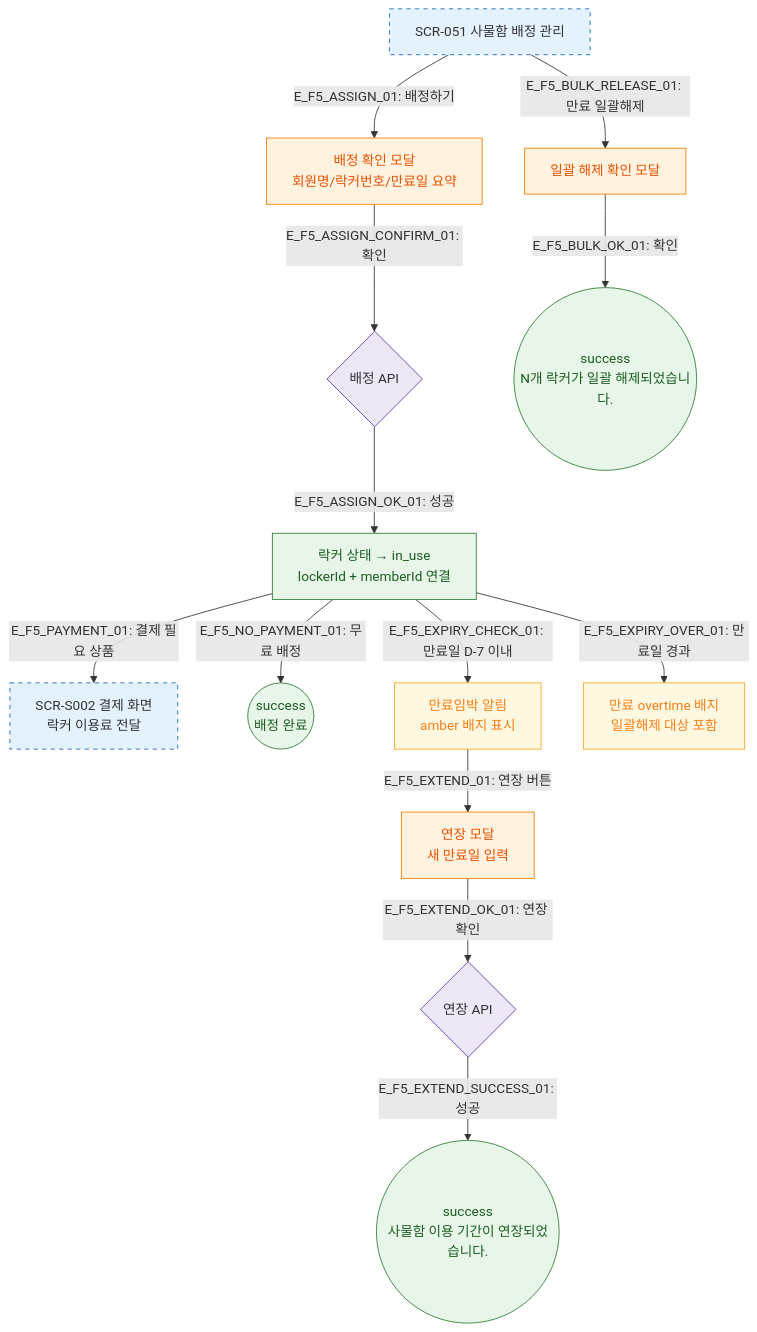
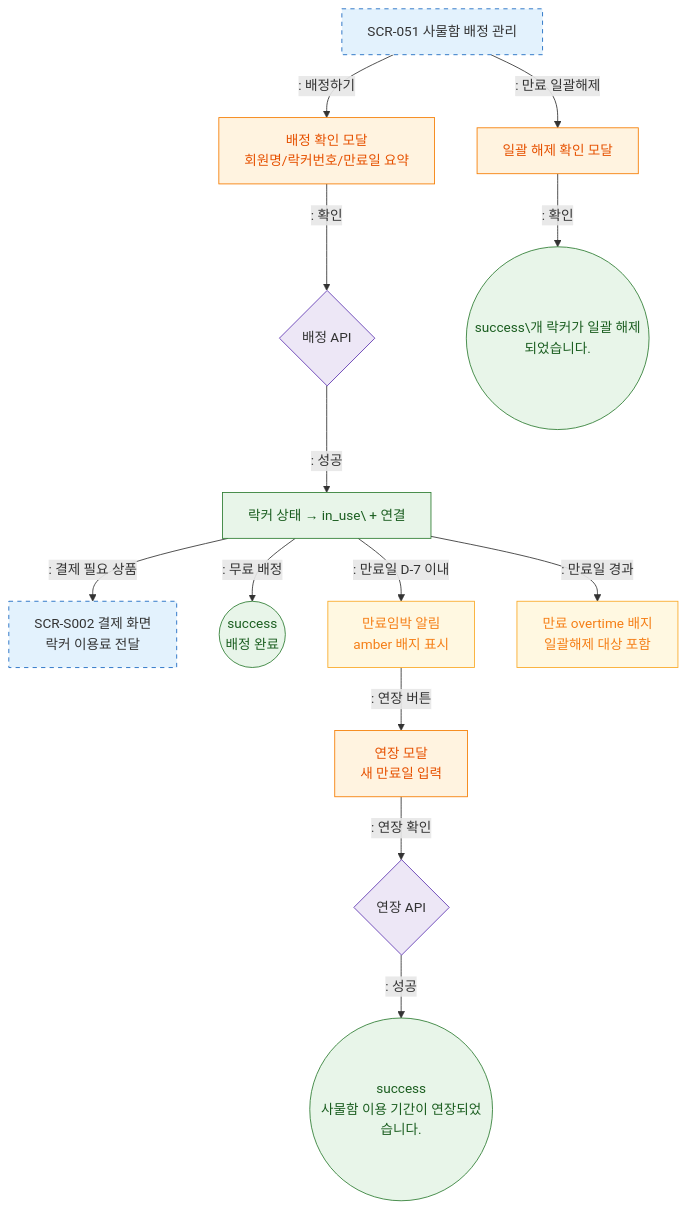
Before and after one commit to dev-spogym/admin-pando: the diagram in docs/다이어그램/D06_시설관리/SCR-051_사물함배정관리/F5_모달트리거.md, drawn with Mermaid. The commit also changed other lines of this file and 1660 other files, not shown here.

First line of the commit message:
다이어그램: 기획자/클라이언트 납품본으로 정리

````diff
--- a/docs/다이어그램/D06_시설관리/SCR-051_사물함배정관리/F5_모달트리거.md
+++ b/docs/다이어그램/D06_시설관리/SCR-051_사물함배정관리/F5_모달트리거.md
@@ -19,37 +17,37 @@
 ```mermaid
 flowchart TD
     SCR_051[SCR-051 사물함 배정 관리]
 
     %% 배정 플로우
-    SCR_051 -->|"E_F5_ASSIGN_01: 배정하기"| AssignModal[배정 확인 모달\n회원명/락커번호/만료일 요약]
-    AssignModal -->|"E_F5_ASSIGN_CONFIRM_01: 확인"| AssignAPI{배정 API}
-    AssignAPI -->|"E_F5_ASSIGN_OK_01: 성공"| AssignDone[락커 상태 → in_use\nlockerId + memberId 연결]
+    SCR_051 -->|": 배정하기"|AssignModal[배정 확인 모달\n회원명/락커번호/만료일 요약]
+    AssignModal -->|": 확인"|AssignAPI{배정 API}
+    AssignAPI -->|": 성공"|AssignDone[락커 상태 → in_use\ + 연결]
 
     %% 결제 연동
-    AssignDone -->|"E_F5_PAYMENT_01: 결제 필요 상품"| SCR_S002[SCR-S002 결제 화면\n락커 이용료 전달]
-    AssignDone -->|"E_F5_NO_PAYMENT_01: 무료 배정"| ToastAssign((success\n배정 완료))
+    AssignDone -->|": 결제 필요 상품"|SCR_S002[SCR-S002 결제 화면\n락커 이용료 전달]
+    AssignDone -->|": 무료 배정"|ToastAssign((success\n배정 완료))
 
     %% 만료 감지
-    AssignDone -->|"E_F5_EXPIRY_CHECK_01: 만료일 D-7 이내"| ExpiryAlert[만료임박 알림\namber 배지 표시]
-    AssignDone -->|"E_F5_EXPIRY_OVER_01: 만료일 경과"| ExpiredBadge[만료 overtime 배지\n일괄해제 대상 포함]
+    AssignDone -->|": 만료일 D-7 이내"|ExpiryAlert[만료임박 알림\namber 배지 표시]
+    AssignDone -->|": 만료일 경과"|ExpiredBadge[만료 overtime 배지\n일괄해제 대상 포함]
 
     %% 연장 플로우
-    ExpiryAlert -->|"E_F5_EXTEND_01: 연장 버튼"| ExtendModal[연장 모달\n새 만료일 입력]
-    ExtendModal -->|"E_F5_EXTEND_OK_01: 연장 확인"| ExtendAPI{연장 API}
-    ExtendAPI -->|"E_F5_EXTEND_SUCCESS_01: 성공"| ToastExtend((success\n사물함 이용 기간이 연장되었습니다.))
+    ExpiryAlert -->|": 연장 버튼"|ExtendModal[연장 모달\n새 만료일 입력]
+    ExtendModal -->|": 연장 확인"|ExtendAPI{연장 API}
+    ExtendAPI -->|": 성공"|ToastExtend((success\n사물함 이용 기간이 연장되었습니다.))
 
     %% 일괄 해제
-    SCR_051 -->|"E_F5_BULK_RELEASE_01: 만료 일괄해제"| BulkModal[일괄 해제 확인 모달]
-    BulkModal -->|"E_F5_BULK_OK_01: 확인"| ToastBulk((success\nN개 락커가 일괄 해제되었습니다.))
+    SCR_051 -->|": 만료 일괄해제"|BulkModal[일괄 해제 확인 모달]
+    BulkModal -->|": 확인"|ToastBulk((success\개 락커가 일괄 해제되었습니다.))
 
     classDef screen fill:#E3F2FD,stroke:#1565C0,stroke-dasharray:5 5
     classDef modal fill:#FFF3E0,stroke:#F57C00,color:#E65100
     classDef success fill:#E8F5E9,stroke:#2E7D32,color:#1B5E20
     classDef warning fill:#FFF8E1,stroke:#F9A825,color:#F57F17
     classDef system fill:#EDE7F6,stroke:#5E35B2
     class SCR_051,SCR_S002 screen
     class AssignModal,ExtendModal,BulkModal modal
     class AssignDone,ToastAssign,ToastExtend,ToastBulk success
     class ExpiryAlert,ExpiredBadge warning
     class AssignAPI,ExtendAPI system
 ```
````
